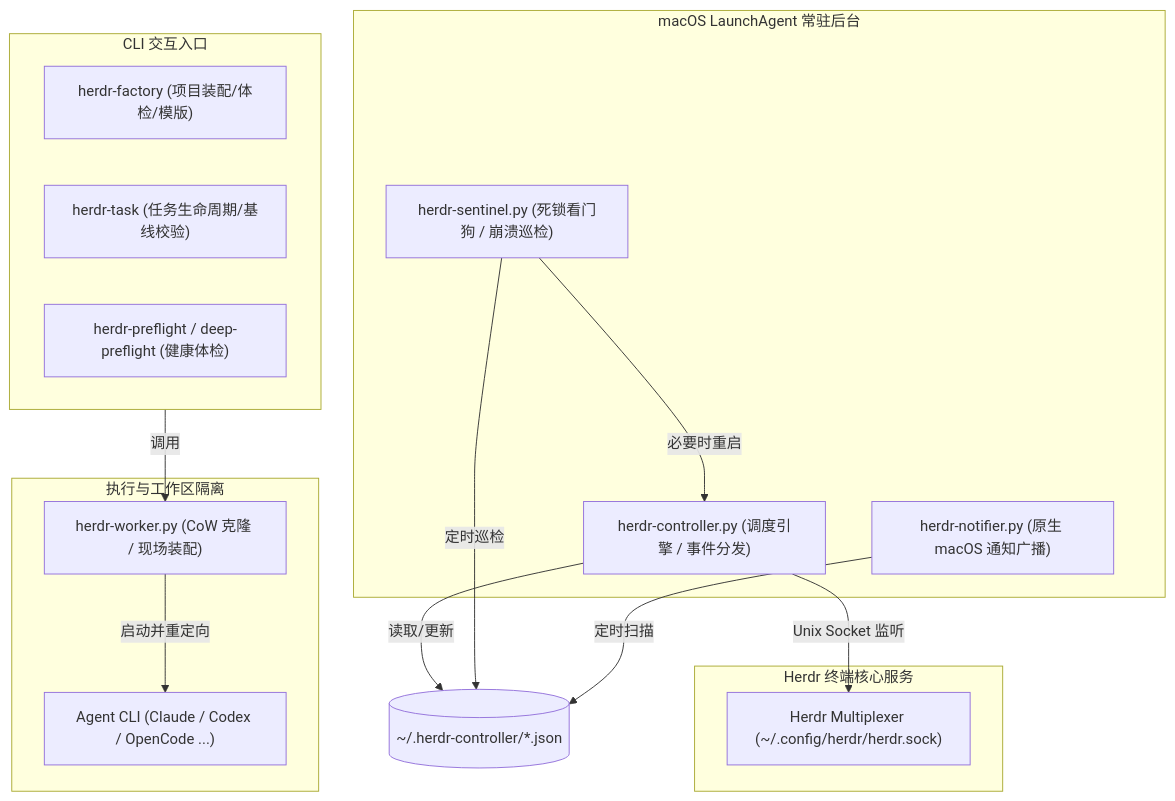
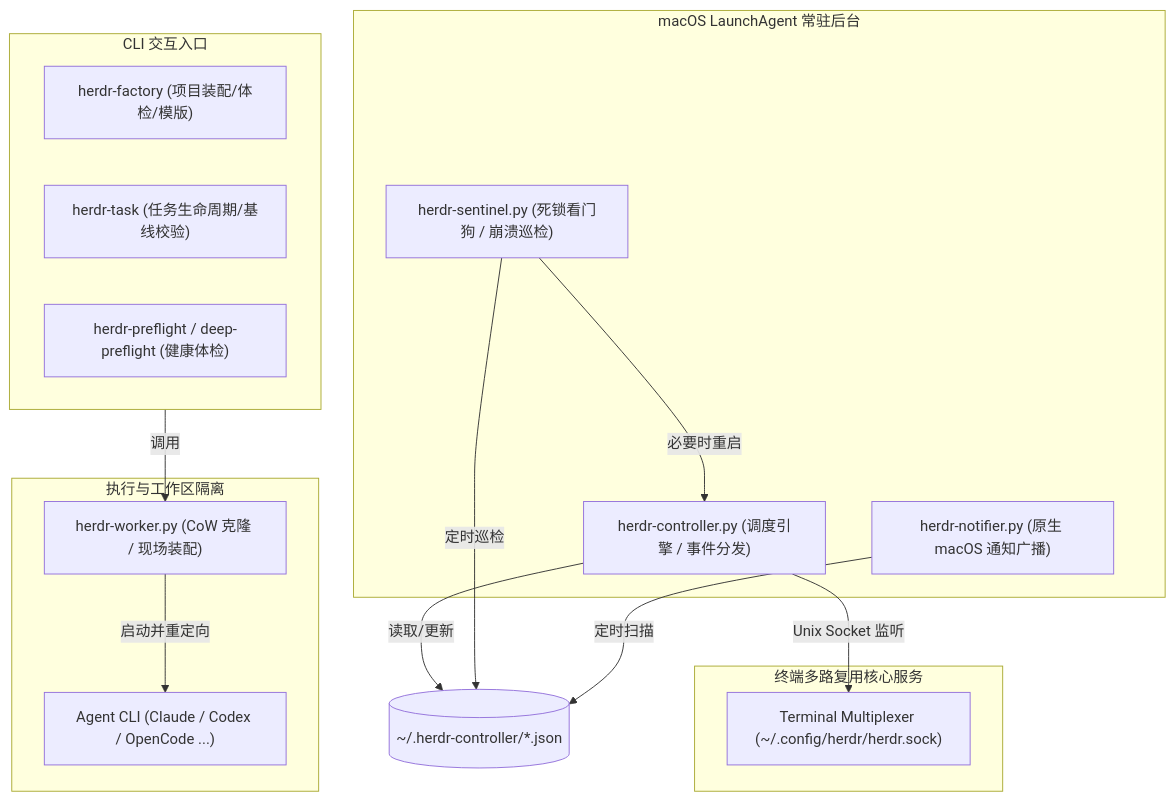
One commit to allinai0506/Cowork changed the diagram in wiki/architecture.md. Above: the diagram before and after it, drawn with Mermaid. The commit also changed other lines of this file and 31 other files, not shown here.

````diff
--- a/wiki/architecture.md
+++ b/wiki/architecture.md
@@ -12,31 +17,31 @@
 ```mermaid
 graph TD
     subgraph User_Space [CLI 交互入口]
         FactoryCLI["herdr-factory (项目装配/体检/模版)"]
         TaskCLI["herdr-task (任务生命周期/基线校验)"]
         PreflightCLI["herdr-preflight / deep-preflight (健康体检)"]
     end
 
     subgraph Daemon_Space [macOS LaunchAgent 常驻后台]
         Controller["herdr-controller.py (调度引擎 / 事件分发)"]
         Sentinel["herdr-sentinel.py (死锁看门狗 / 崩溃巡检)"]
         Notifier["herdr-notifier.py (原生 macOS 通知广播)"]
     end
 
     subgraph Ephemeral_Space [执行与工作区隔离]
         Worker["herdr-worker.py (CoW 克隆 / 现场装配)"]
         AgentProcess["Agent CLI (Claude / Codex / OpenCode ...)"]
     end
 
-    subgraph Herdr_Multiplexer [Herdr 终端核心服务]
-        HerdrDaemon["Herdr Multiplexer (~/.config/herdr/herdr.sock)"]
+    subgraph Terminal_Multiplexer [终端多路复用核心服务]
+        TerminalDaemon["Terminal Multiplexer (~/.config/herdr/herdr.sock)"]
     end
 
     User_Space -->|调用| Worker
     Worker -->|启动并重定向| AgentProcess
-    Controller -->|Unix Socket 监听| HerdrDaemon
+    Controller -->|Unix Socket 监听| TerminalDaemon
     Controller -->|读取/更新| FileStorage[(~/.herdr-controller/*.json)]
     Sentinel -->|定时巡检| FileStorage
     Sentinel -->|必要时重启| Controller
     Notifier -->|定时扫描| FileStorage
 ```
````
